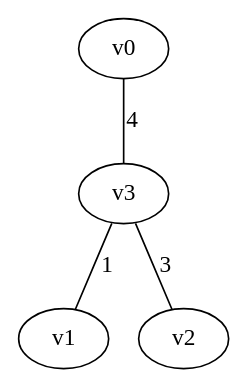
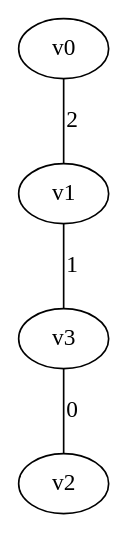
The diagram in outputs/gn4_mst_p_2.dot (japie1235813/Algo_PA3), drawn with Graphviz before and after one commit. The commit also changed 13 other files, not shown here.

```diff
--- a/outputs/gn4_mst_p_2.dot
+++ b/outputs/gn4_mst_p_2.dot
@@ -1,5 +1,5 @@
 graph gn4_mst_p {
-v3 -- v1 [label = "1"];
-v3 -- v2 [label = "3"];
-v0 -- v3 [label = "4"];
+v0 -- v1 [label = "2"];
+v3 -- v2 [label = "0"];
+v1 -- v3 [label = "1"];
 }
```
